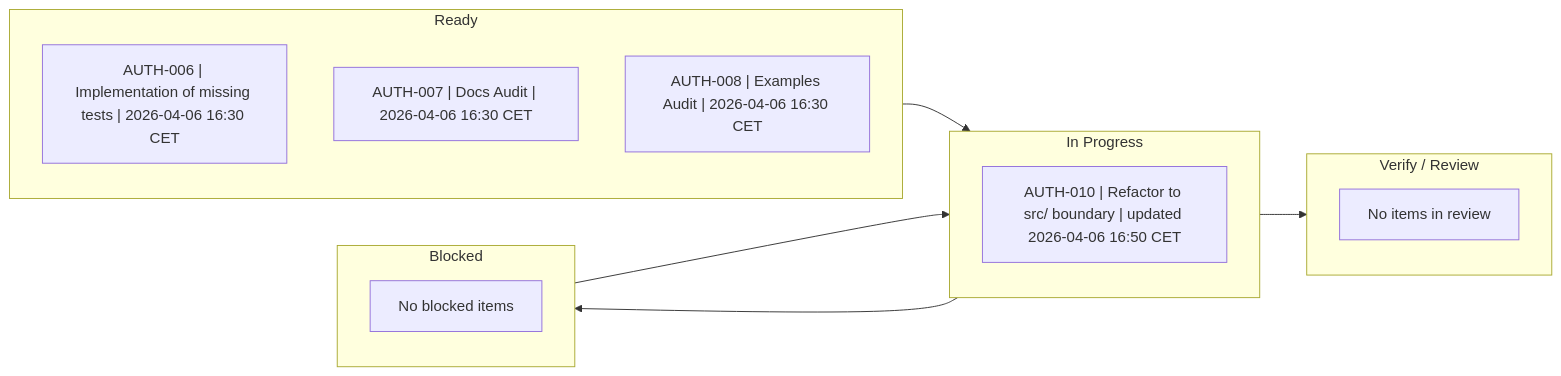
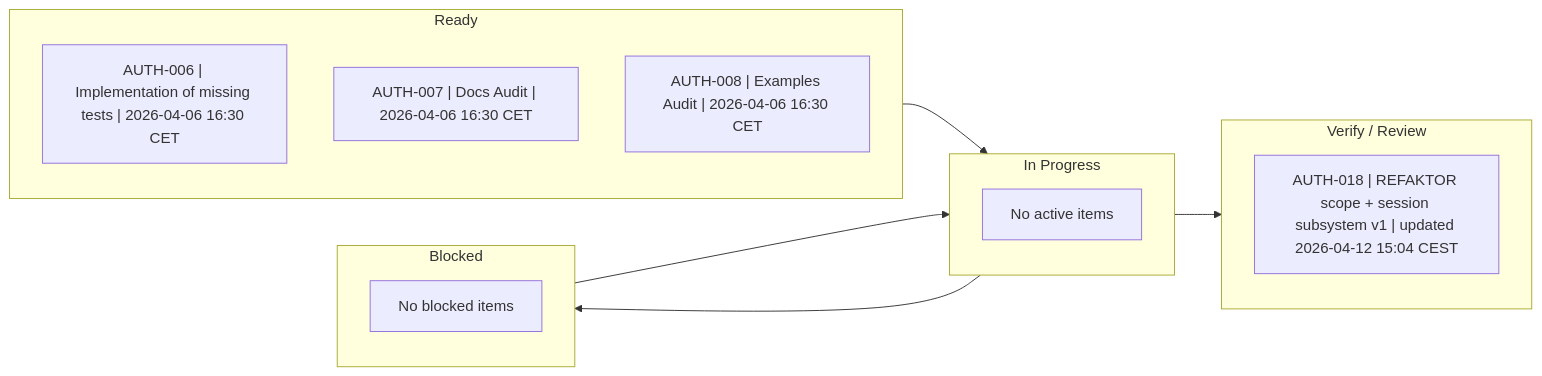
The diagram in Foundation/Auth/.agents/management/ACTIVE.md (shomsy/avax), drawn with Mermaid before and after one commit. The commit also changed 58 other files, not shown here.

Commit message:
Implement auth session subsystem roadmap

````diff
--- a/Foundation/Auth/.agents/management/ACTIVE.md
+++ b/Foundation/Auth/.agents/management/ACTIVE.md
@@ -7,25 +7,25 @@
 ```mermaid
 flowchart LR
     subgraph Ready["Ready"]
         R1["AUTH-006 | Implementation of missing tests | 2026-04-06 16:30 CET"]
         R2["AUTH-007 | Docs Audit | 2026-04-06 16:30 CET"]
         R3["AUTH-008 | Examples Audit | 2026-04-06 16:30 CET"]
     end
 
     subgraph InProgress["In Progress"]
-        P1["AUTH-010 | Refactor to src/ boundary | updated 2026-04-06 16:50 CET"]
+        P0["No active items"]
     end
 
     subgraph Blocked["Blocked"]
         B0["No blocked items"]
     end
 
     subgraph Verify["Verify / Review"]
-        V0["No items in review"]
+        V1["AUTH-018 | REFAKTOR scope + session subsystem v1 | updated 2026-04-12 15:04 CEST"]
     end
 
     Ready --> InProgress
     InProgress --> Verify
     InProgress --> Blocked
     Blocked --> InProgress
 ```
````
